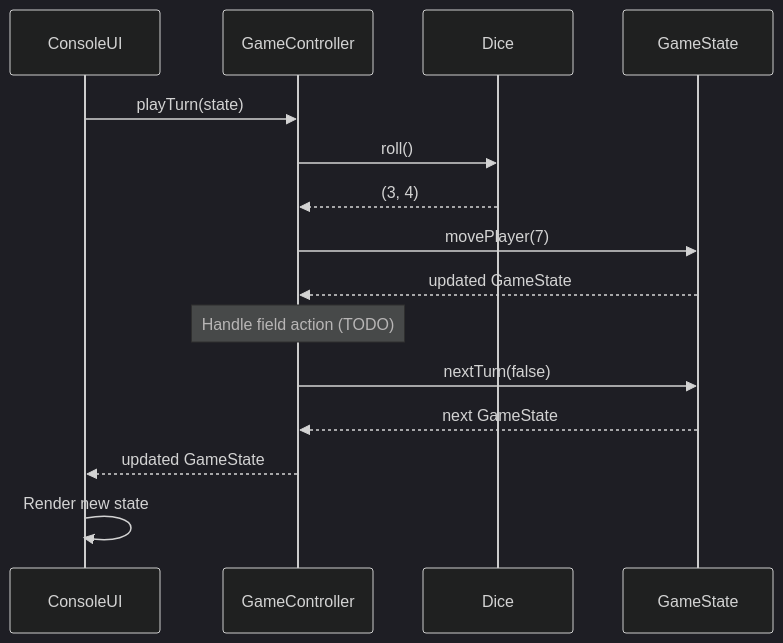
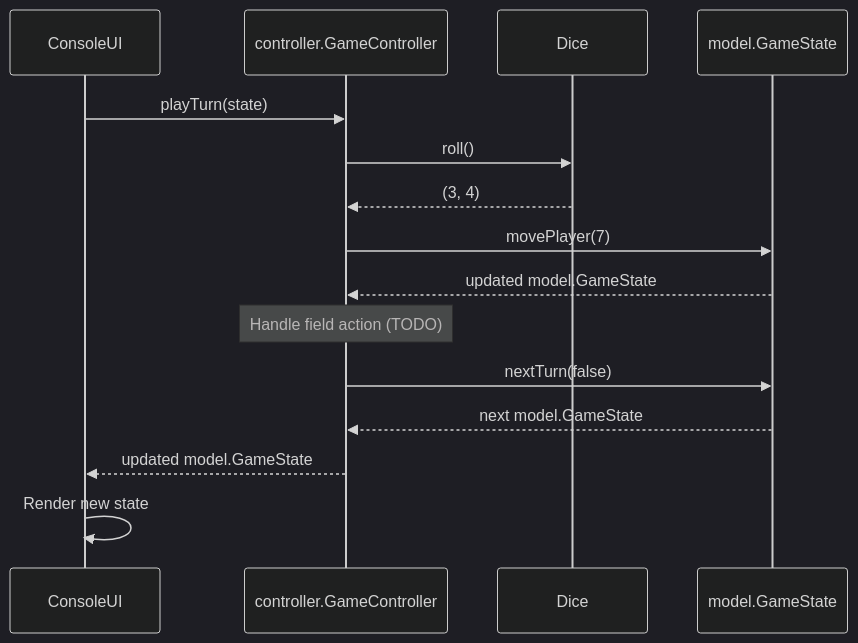
Before and after one commit to ve1lchen/project-monopoly: the second of 2 diagrams in ARCHITECTURE.md, drawn with Mermaid (dark theme). The commit also changed other lines of this file and 15 other files, not shown here.

````diff
--- a/ARCHITECTURE.md
+++ b/ARCHITECTURE.md
@@ -56,18 +56,18 @@
 ```mermaid
 sequenceDiagram
     participant UI as ConsoleUI
-    participant C as GameController
+    participant C as controller.GameController
     participant D as Dice
-    participant S as GameState
+    participant S as model.GameState
 
     UI->>C: playTurn(state)
     C->>D: roll()
     D-->>C: (3, 4)
     C->>S: movePlayer(7)
-    S-->>C: updated GameState
+    S-->>C: updated model.GameState
     Note over C: Handle field action (TODO)
     C->>S: nextTurn(false)
-    S-->>C: next GameState
-    C-->>UI: updated GameState
+    S-->>C: next model.GameState
+    C-->>UI: updated model.GameState
     UI->>UI: Render new state
 ```
````
